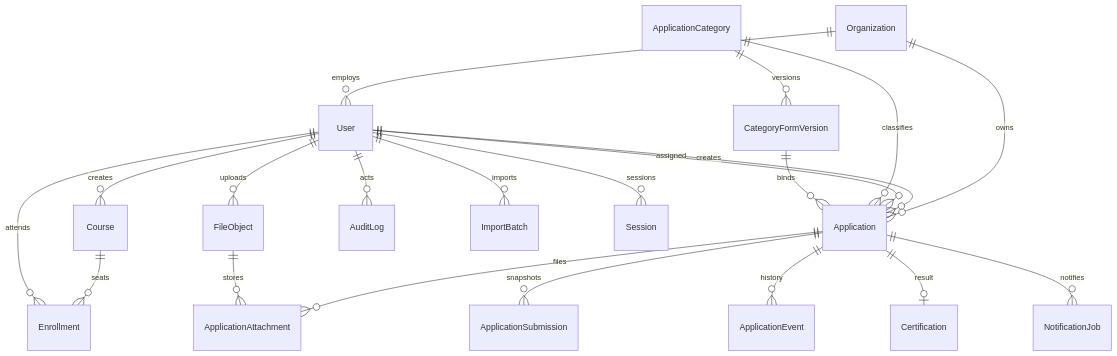
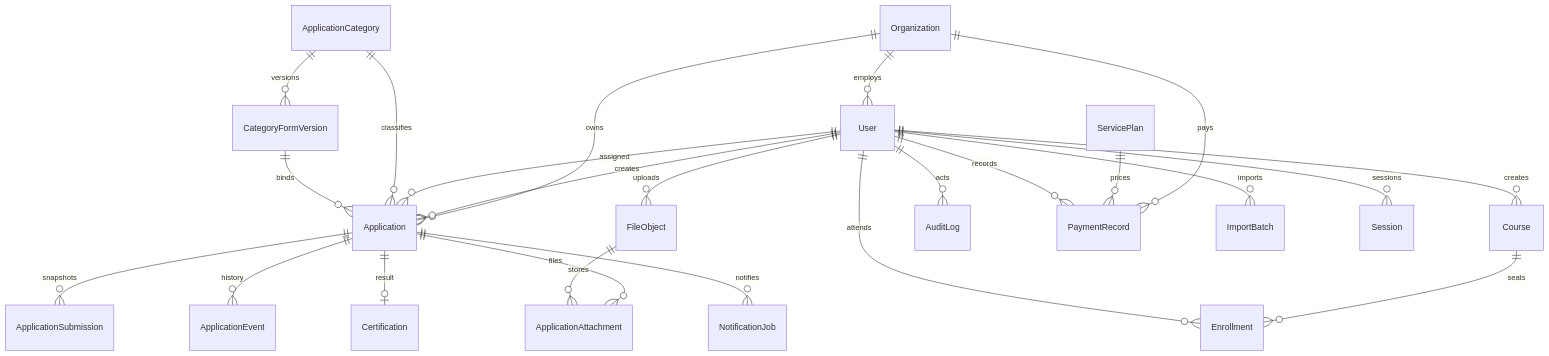
The diagram in docs/ERD.md (joe210393/Muslim), drawn with Mermaid before and after one commit. The commit also changed 44 other files, not shown here.

````diff
--- a/docs/ERD.md
+++ b/docs/ERD.md
@@ -5,23 +5,26 @@
 ```mermaid
 erDiagram
   Organization ||--o{ User : employs
   Organization ||--o{ Application : owns
   User ||--o{ Application : creates
   User ||--o{ Application : assigned
   ApplicationCategory ||--o{ CategoryFormVersion : versions
   ApplicationCategory ||--o{ Application : classifies
   CategoryFormVersion ||--o{ Application : binds
   Application ||--o{ ApplicationSubmission : snapshots
   Application ||--o{ ApplicationEvent : history
   Application ||--o{ ApplicationAttachment : files
   FileObject ||--o{ ApplicationAttachment : stores
   User ||--o{ FileObject : uploads
   Application ||--o| Certification : result
   User ||--o{ Course : creates
   Course ||--o{ Enrollment : seats
   User ||--o{ Enrollment : attends
   Application ||--o{ NotificationJob : notifies
   User ||--o{ AuditLog : acts
+  Organization ||--o{ PaymentRecord : pays
+  ServicePlan ||--o{ PaymentRecord : prices
+  User ||--o{ PaymentRecord : records
   User ||--o{ ImportBatch : imports
   User ||--o{ Session : sessions
 ```
````
